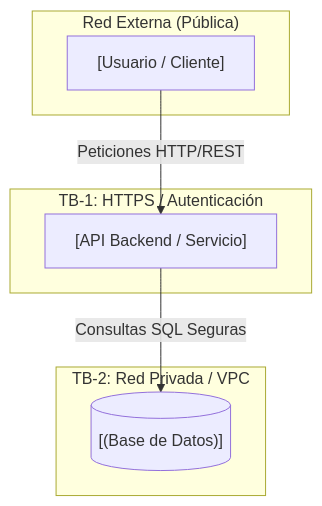
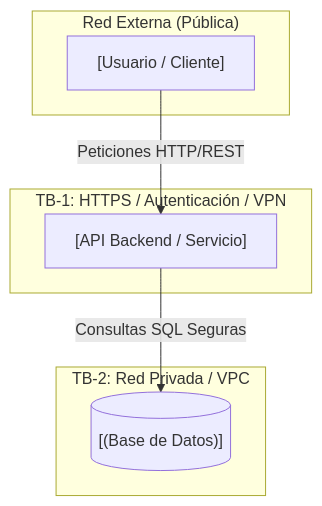
Before and after one commit to DonovanHernandezICS/DevSecOps: the diagram in THREAT_MODEL.md, drawn with Mermaid.

Commit message:
fix: actualiza modelo de amenazas

````diff
--- a/THREAT_MODEL.md
+++ b/THREAT_MODEL.md
@@ -15,17 +15,17 @@
 ```mermaid
 graph TD
     subgraph Red_Externa ["Red Externa (Pública)"]
         User["[Usuario / Cliente]"]
     end
 
-    subgraph Frontera_1 ["TB-1: HTTPS / Autenticación"]
+    subgraph Frontera_1 ["TB-1: HTTPS / Autenticación / VPN"]
         API["[API Backend / Servicio]"]
     end
 
     subgraph Frontera_2 ["TB-2: Red Privada / VPC"]
         DB[("[(Base de Datos)]")]
     end
 
     User -->|Peticiones HTTP/REST| API
     API -->|Consultas SQL Seguras| DB
 ```
````
